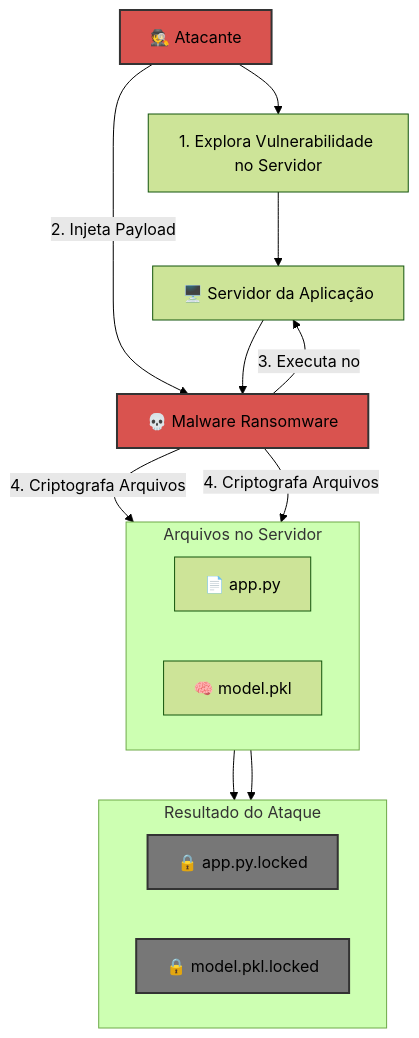
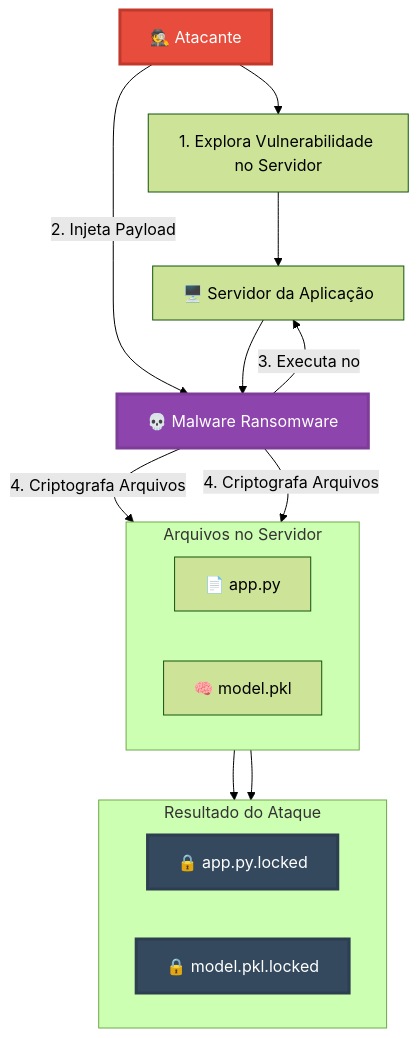
The third of 4 diagrams in sprint4_app/security_attack_flowcharts.md (9luis7/sprint4-secure-ml-app), drawn with Mermaid (forest theme) before and after one commit. The commit also changed other lines of this file, not shown here.

````diff
--- a/sprint4_app/security_attack_flowcharts.md
+++ b/sprint4_app/security_attack_flowcharts.md
@@ -114,30 +114,30 @@
 ```mermaid
 graph TD;
     Attacker["🕵️ Atacante"] --> Exploit["1. Explora Vulnerabilidade no Servidor"];
     Exploit --> Server["🖥️ Servidor da Aplicação"];
     Attacker -->|"2. Injeta Payload"| Ransomware["💀 Malware Ransomware"];
     Ransomware -->|"3. Executa no"| Server;
 
     subgraph "Arquivos no Servidor"
         direction LR
         AppFile["📄 app.py"];
         ModelFile["🧠 model.pkl"];
     end
 
     Server --> Ransomware;
     Ransomware -- "4. Criptografa Arquivos" --> AppFile & ModelFile;
 
     subgraph "Resultado do Ataque"
         direction LR
         EncryptedApp["🔒 app.py.locked"];
         EncryptedModel["🔒 model.pkl.locked"];
     end
     
     AppFile --> EncryptedApp;
     ModelFile --> EncryptedModel;
 
-    style Attacker fill:#d9534f,stroke:#333,stroke-width:2px
-    style Ransomware fill:#d9534f,stroke:#333,stroke-width:2px
-    style EncryptedApp fill:#777,stroke:#333,stroke-width:2px
-    style EncryptedModel fill:#777,stroke:#333,stroke-width:2px
+    style Attacker fill:#e74c3c,stroke:#c0392b,stroke-width:3px,color:#fff
+    style Ransomware fill:#8e44ad,stroke:#7d3c98,stroke-width:3px,color:#fff
+    style EncryptedApp fill:#34495e,stroke:#2c3e50,stroke-width:3px,color:#fff
+    style EncryptedModel fill:#34495e,stroke:#2c3e50,stroke-width:3px,color:#fff
 ```
````
